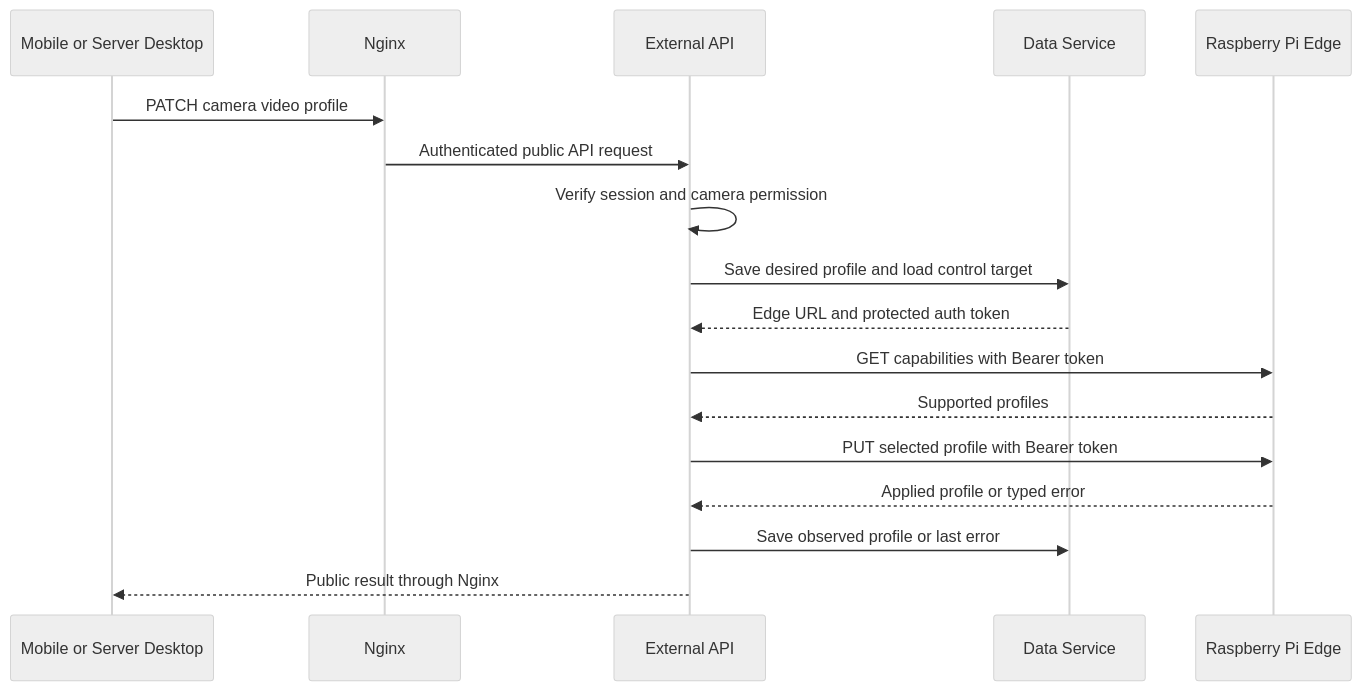
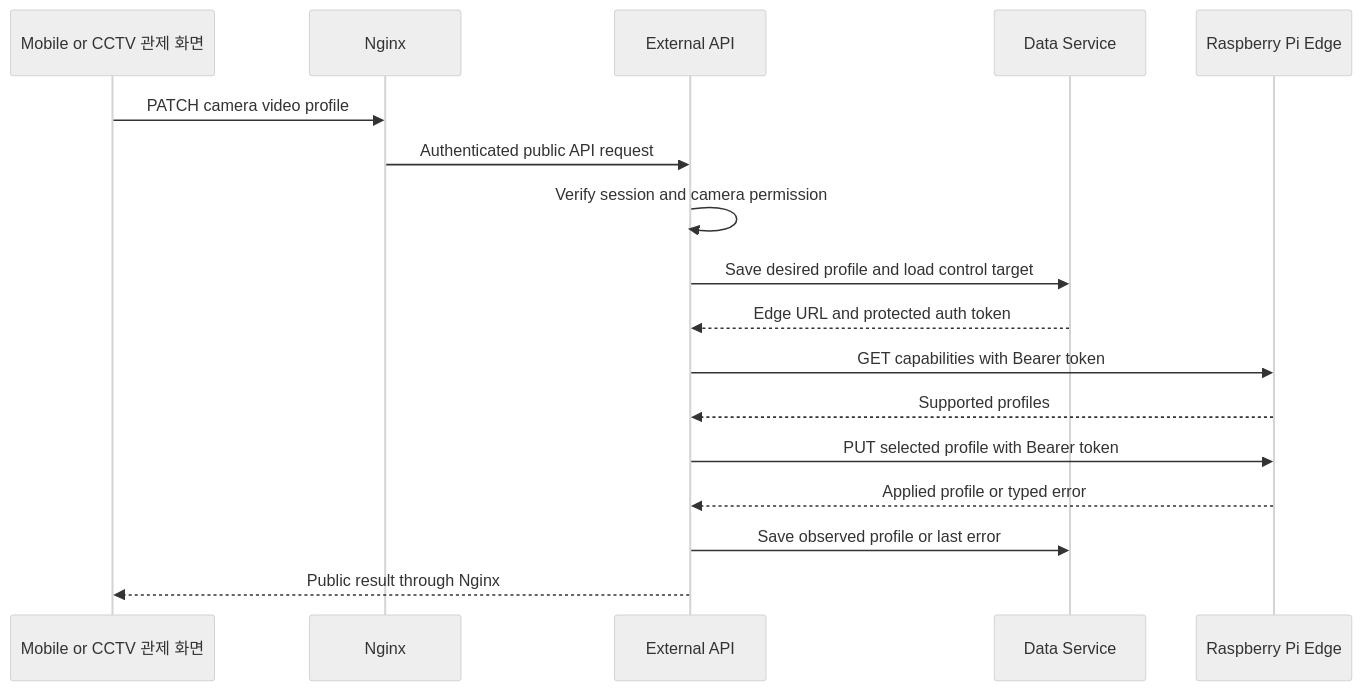
One commit to Eye-O-T/new_structure changed the fifth of 5 diagrams in docs/architecture.md. Above: the diagram before and after it, drawn with Mermaid (neutral theme). The commit also changed other lines of this file and 14 other files, not shown here.

````diff
--- a/docs/architecture.md
+++ b/docs/architecture.md
@@ -199,20 +199,20 @@
 ```mermaid
 sequenceDiagram
-    participant M as Mobile or Server Desktop
+    participant M as Mobile or CCTV 관제 화면
     participant N as Nginx
     participant X as External API
     participant D as Data Service
     participant E as Raspberry Pi Edge
 
     M->>N: PATCH camera video profile
     N->>X: Authenticated public API request
     X->>X: Verify session and camera permission
     X->>D: Save desired profile and load control target
     D-->>X: Edge URL and protected auth token
     X->>E: GET capabilities with Bearer token
     E-->>X: Supported profiles
     X->>E: PUT selected profile with Bearer token
     E-->>X: Applied profile or typed error
     X->>D: Save observed profile or last error
     X-->>M: Public result through Nginx
 ```
````
